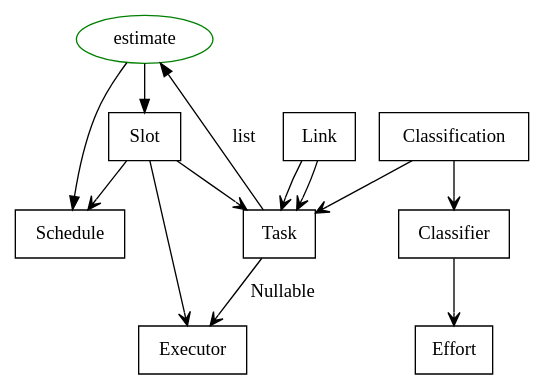
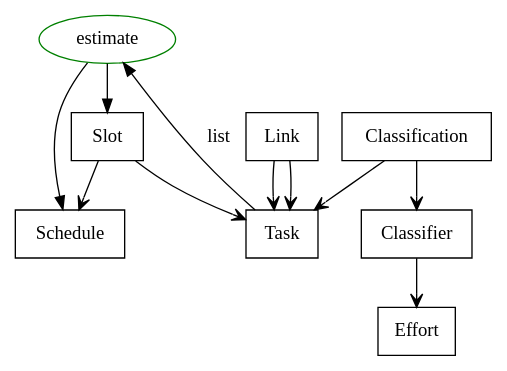
Before and after one commit to knowark/estimark: the diagram in docs/architecture/domain.rst, drawn with Graphviz. The commit also changed 14 other files, not shown here.

```diff
--- a/docs/architecture/domain.rst
+++ b/docs/architecture/domain.rst
@@ -5,42 +5,39 @@
 .. graphviz::
 
    digraph {
 
     // Processes
     ////////////
 
     estimate [color=green]
    
     // Objects
     //////////
 
     Task [shape=box]
     Link [shape=box]
     Classifier [shape=box]
     Classification [shape=box]
     Effort [shape=box]
-    Executor [shape=box]
     Schedule [shape=box]
     Slot [shape=box]
 
     // Relations
     ////////////
 
     Task -> estimate [label=list]
     
     estimate -> Schedule
     estimate -> Slot
 
-    Task -> Executor [arrowhead=vee, label=Nullable]
     Link -> Task [arrowhead=vee]
     Link -> Task [arrowhead=vee]
     Classifier -> Effort [arrowhead=vee]
     
     Slot -> Task [arrowhead=vee]
-    Slot -> Executor [arrowhead=vee]
     Slot -> Schedule [arrowhead=vee]
 
     Classification -> Task [arrowhead=vee]
     Classification -> Classifier [arrowhead=vee]
 
     }
```
